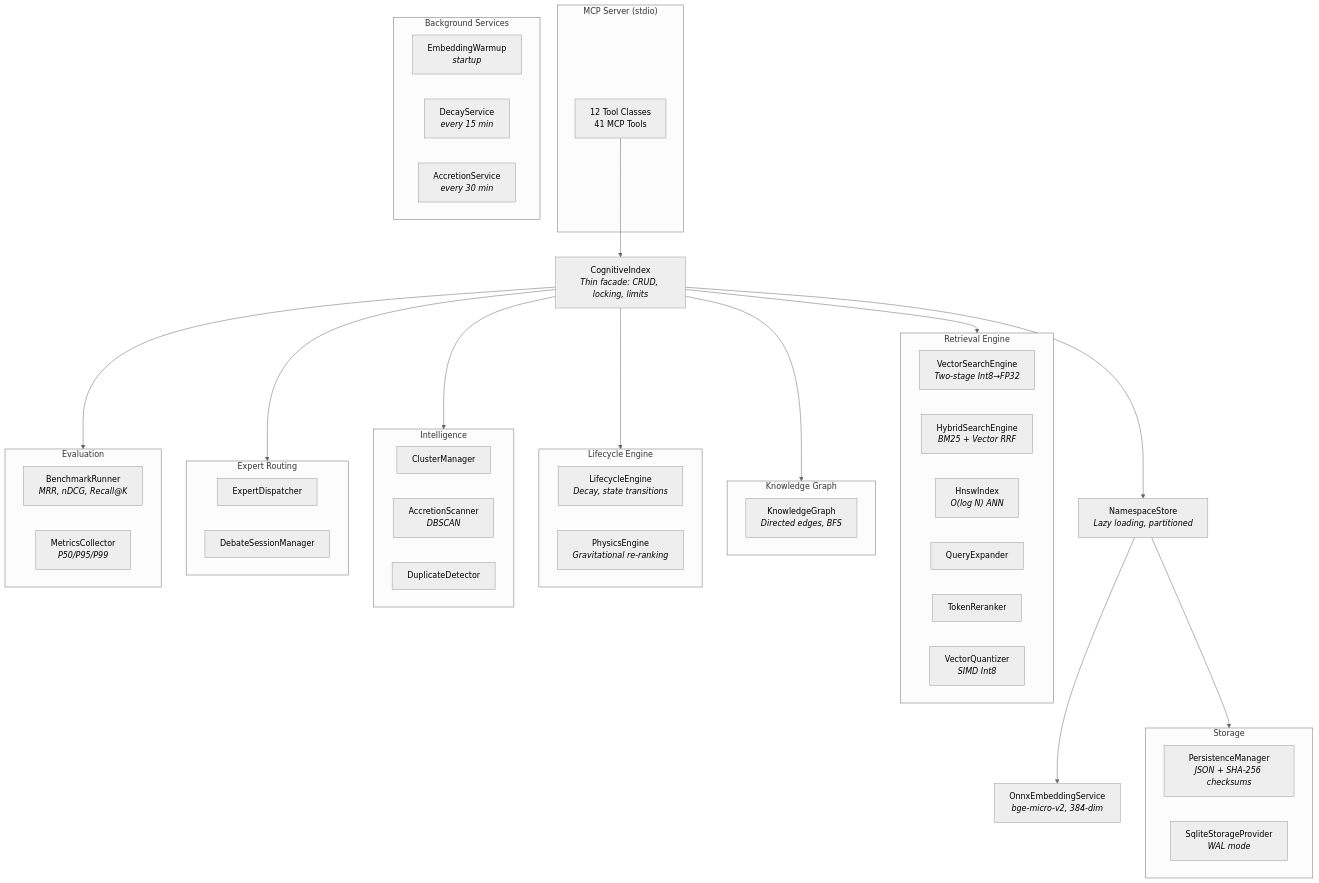
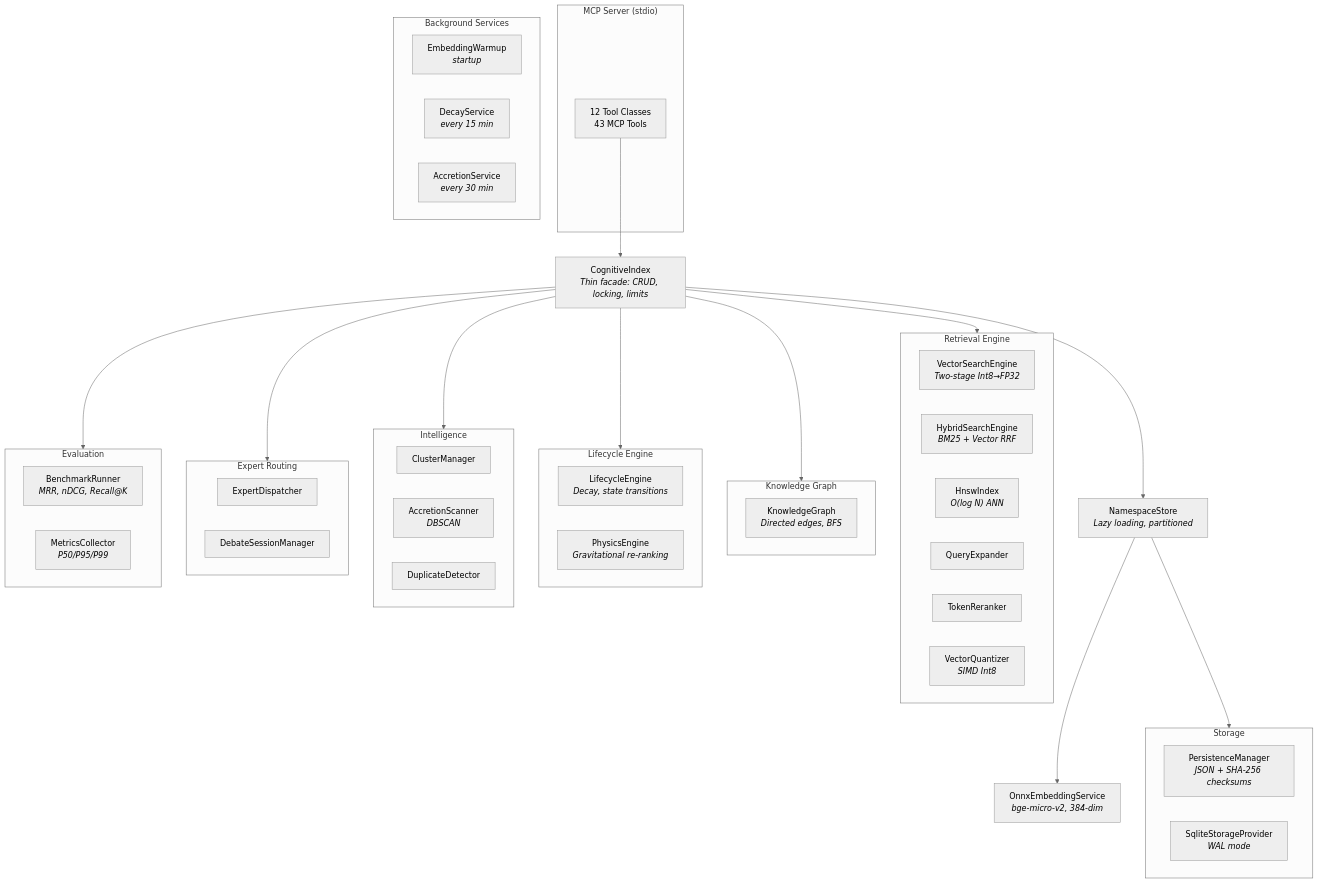
One commit to wyckit/mcp-vector-memory changed the diagram in README.md. Above: the diagram before and after it, drawn with Mermaid (neutral theme). The commit also changed other lines of this file and 2 other files, not shown here.

First line of the commit message:
Update docs: add purge_debates and get_domain_tree tools, fix counts

````diff
--- a/README.md
+++ b/README.md
@@ -59,65 +59,65 @@
 ```mermaid
 graph TD
     subgraph MCP["MCP Server (stdio)"]
-        Tools["12 Tool Classes<br/>41 MCP Tools"]
+        Tools["12 Tool Classes<br/>43 MCP Tools"]
     end
 
     Tools --> CI["CognitiveIndex<br/><i>Thin facade: CRUD, locking, limits</i>"]
 
     CI --> RE["Retrieval"]
     CI --> GR["Graph"]
     CI --> LC["Lifecycle"]
     CI --> IN["Intelligence"]
     CI --> EX["Experts"]
     CI --> EV["Evaluation"]
 
     subgraph RE["Retrieval Engine"]
         VS["VectorSearchEngine<br/><i>Two-stage Int8→FP32</i>"]
         HS["HybridSearchEngine<br/><i>BM25 + Vector RRF</i>"]
         HW["HnswIndex<br/><i>O(log N) ANN</i>"]
         QE["QueryExpander"]
         TR["TokenReranker"]
         VQ["VectorQuantizer<br/><i>SIMD Int8</i>"]
     end
 
     subgraph GR["Knowledge Graph"]
         KG["KnowledgeGraph<br/><i>Directed edges, BFS</i>"]
     end
 
     subgraph LC["Lifecycle Engine"]
         LE["LifecycleEngine<br/><i>Decay, state transitions</i>"]
         PE["PhysicsEngine<br/><i>Gravitational re-ranking</i>"]
     end
 
     subgraph IN["Intelligence"]
         CM["ClusterManager"]
         AS["AccretionScanner<br/><i>DBSCAN</i>"]
         DD["DuplicateDetector"]
     end
 
     subgraph EX["Expert Routing"]
         ED["ExpertDispatcher"]
         DM["DebateSessionManager"]
     end
 
     subgraph EV["Evaluation"]
         BR["BenchmarkRunner<br/><i>MRR, nDCG, Recall@K</i>"]
         MC["MetricsCollector<br/><i>P50/P95/P99</i>"]
     end
 
     CI --> NS["NamespaceStore<br/><i>Lazy loading, partitioned</i>"]
     NS --> SP["Storage Provider"]
 
     subgraph SP["Storage"]
         PM["PersistenceManager<br/><i>JSON + SHA-256 checksums</i>"]
         SQ["SqliteStorageProvider<br/><i>WAL mode</i>"]
     end
 
     NS --> EMB["OnnxEmbeddingService<br/><i>bge-micro-v2, 384-dim</i>"]
 
     subgraph BG["Background Services"]
         BG1["EmbeddingWarmup<br/><i>startup</i>"]
         BG2["DecayService<br/><i>every 15 min</i>"]
         BG3["AccretionService<br/><i>every 30 min</i>"]
     end
 ```
````
